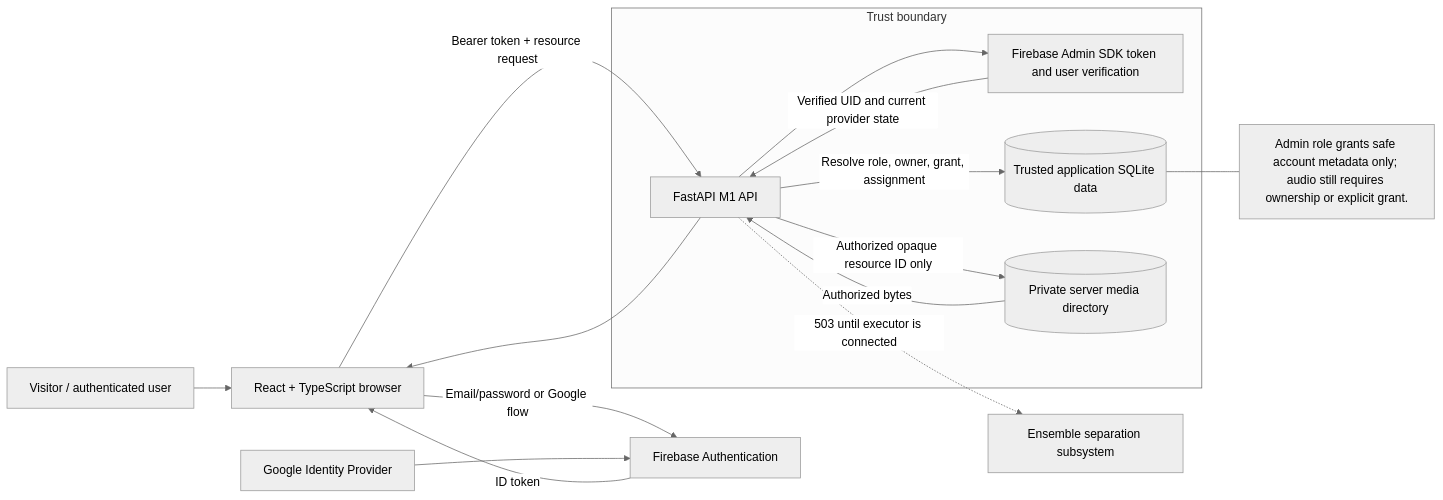
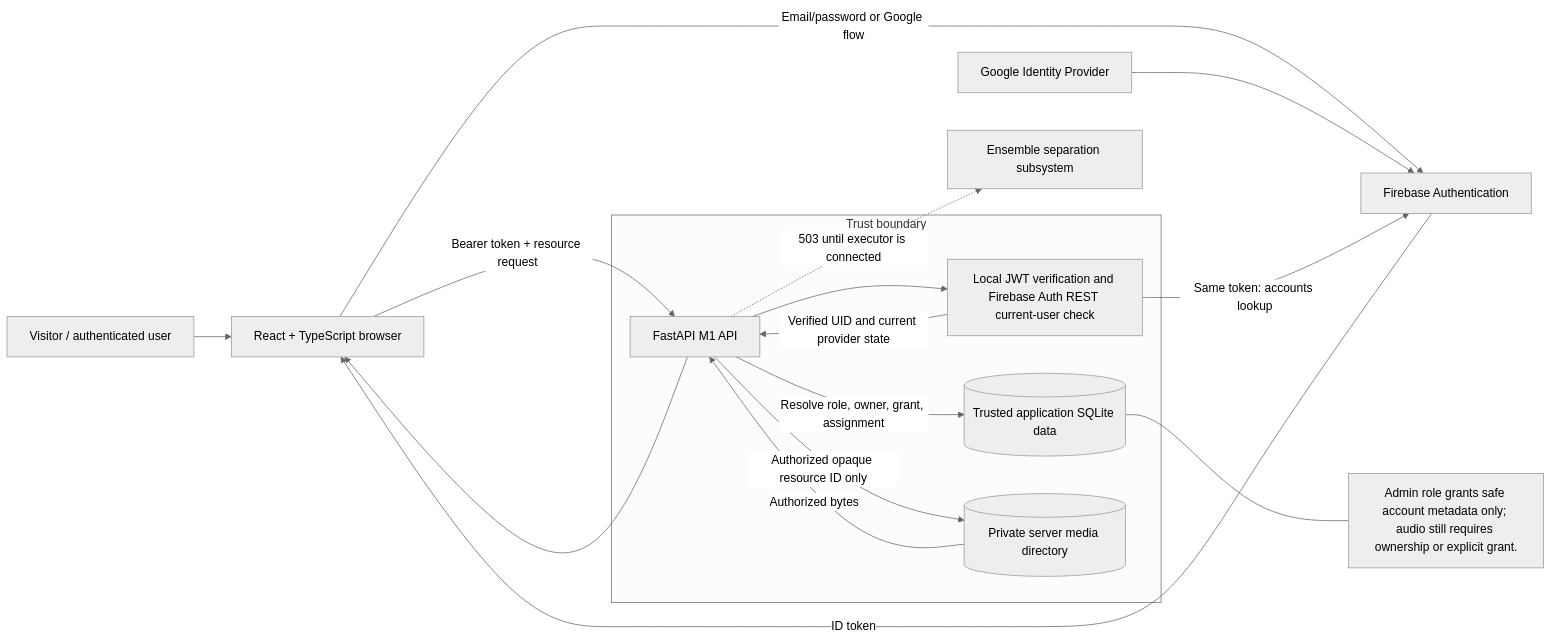
Before and after one commit to ASHRAF-2004/fyp-cardiopulmonary-sound-separation-report: the diagram in fyp2/design/m1-system-architecture.mmd, drawn with Mermaid (neutral theme). The commit also changed 6 other files, not shown here.

```diff
--- a/fyp2/design/m1-system-architecture.mmd
+++ b/fyp2/design/m1-system-architecture.mmd
@@ -1,33 +1,34 @@
-%% M1 current local architecture; ensemble execution and physical capture remain planned.
+%% Deployed M1 architecture; ensemble execution and physical capture remain planned.
 flowchart LR
   Person[Visitor / authenticated user]
   Browser[React + TypeScript browser]
   Google[Google Identity Provider]
   Firebase[Firebase Authentication]
   API[FastAPI M1 API]
-  Verifier[Firebase Admin SDK token and user verification]
+  Verifier[Local JWT verification and Firebase Auth REST current-user check]
   DB[(Trusted application SQLite data)]
   Files[(Private server media directory)]
   Ensemble[Ensemble separation subsystem]
 
   Person --> Browser
   Browser -->|Email/password or Google flow| Firebase
   Google --> Firebase
   Firebase -->|ID token| Browser
   Browser -->|Bearer token + resource request| API
   API --> Verifier
+  Verifier -->|Same token: accounts lookup| Firebase
   Verifier -->|Verified UID and current provider state| API
   API -->|Resolve role, owner, grant, assignment| DB
   API -->|Authorized opaque resource ID only| Files
   Files -->|Authorized bytes| API
   API --> Browser
   API -.->|503 until executor is connected| Ensemble
 
   subgraph Trust[Trust boundary]
     API
     Verifier
     DB
     Files
   end
   note[Admin role grants safe account metadata only; audio still requires ownership or explicit grant.]
   DB --- note
```
